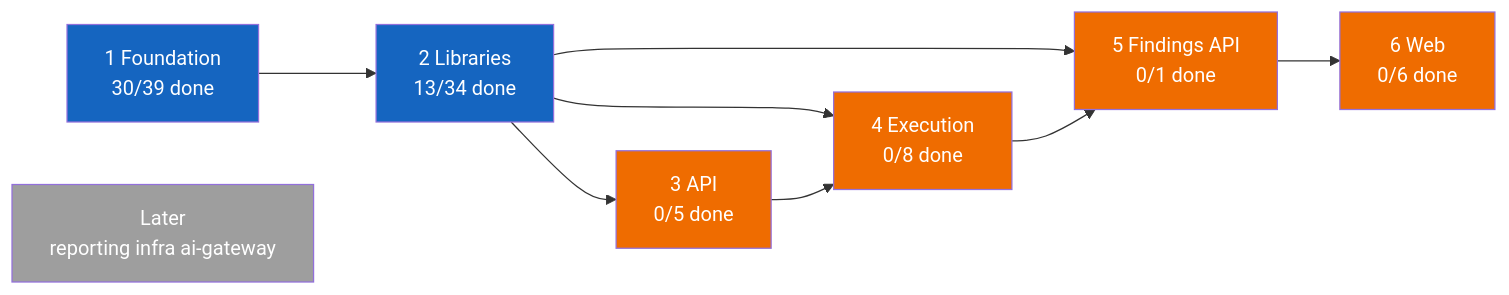
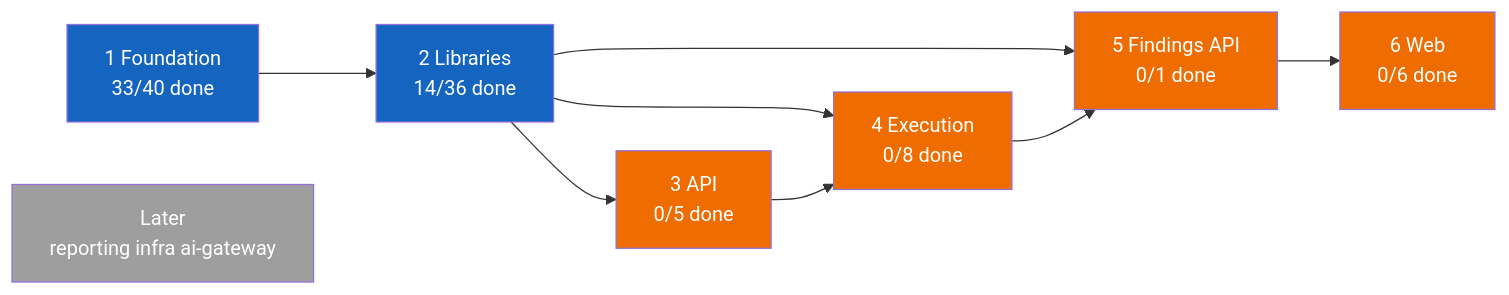
Before and after one commit to vulcanflow/docs: the first of 2 diagrams in PROGRESS.md, drawn with Mermaid. The commit also changed other lines of this file and 1 other file, not shown here.

````diff
--- a/PROGRESS.md
+++ b/PROGRESS.md
@@ -24,31 +24,31 @@
 ```mermaid
 flowchart LR
-  P1["1 Foundation<br/>30/39 done"]
-  P2["2 Libraries<br/>13/34 done"]
+  P1["1 Foundation<br/>33/40 done"]
+  P2["2 Libraries<br/>14/36 done"]
   P3["3 API<br/>0/5 done"]
   P4["4 Execution<br/>0/8 done"]
   P5["5 Findings API<br/>0/1 done"]
   P6["6 Web<br/>0/6 done"]
   L["Later<br/>reporting infra ai-gateway"]
 
   P1 --> P2
   P2 --> P3
   P2 --> P4
   P3 --> P4
   P2 --> P5
   P4 --> P5
   P5 --> P6
 
   classDef done fill:#2e7d32,color:#fff
   classDef active fill:#1565c0,color:#fff
   classDef held fill:#9e9e9e,color:#fff
   classDef blocked fill:#ef6c00,color:#fff
 
   class P1 active
   class P2 active
   class P3 blocked
   class P4 blocked
   class P5 blocked
   class P6 blocked
   class L held
 ```
````
